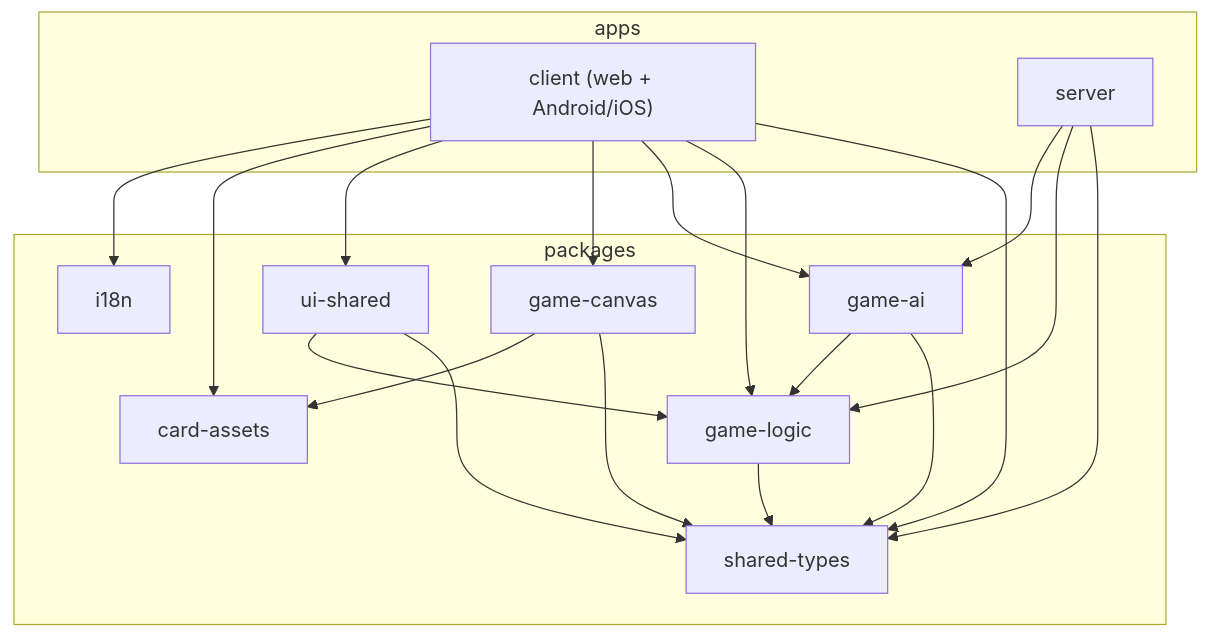
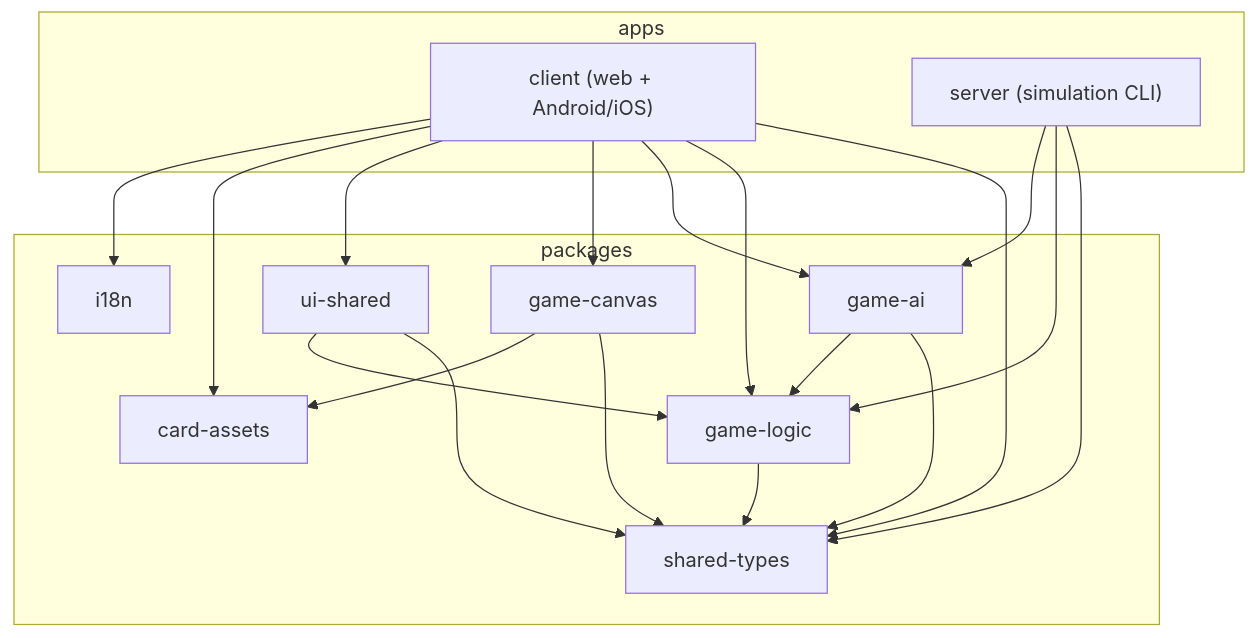
Before and after one commit to deglerj/dabb: the diagram in docs/arc42/05-building-block-view.md, drawn with Mermaid. The commit also changed other lines of this file and 18 other files, not shown here.

First line of the commit message:
docs: update docs for Firebase P2P architecture

````diff
--- a/docs/arc42/05-building-block-view.md
+++ b/docs/arc42/05-building-block-view.md
@@ -5,40 +5,40 @@
 ```mermaid
 flowchart TB
     subgraph apps
         client["client (web + Android/iOS)"]
         server
     end
 
     subgraph packages
         types[shared-types]
         logic[game-logic]
         gameai[game-ai]
         canvas[game-canvas]
         ui[ui-shared]
         assets[card-assets]
         i18n[i18n]
     end
 
     client --> types
     client --> logic
     client --> gameai
     client --> canvas
     client --> ui
     client --> assets
     client --> i18n
 
-    server --> types
+    server["server (simulation CLI)"] --> types
     server --> logic
     server --> gameai
 
     canvas --> types
     canvas --> assets
 
     ui --> types
     ui --> logic
 
     gameai --> types
     gameai --> logic
 
     logic --> types
 ```
````
